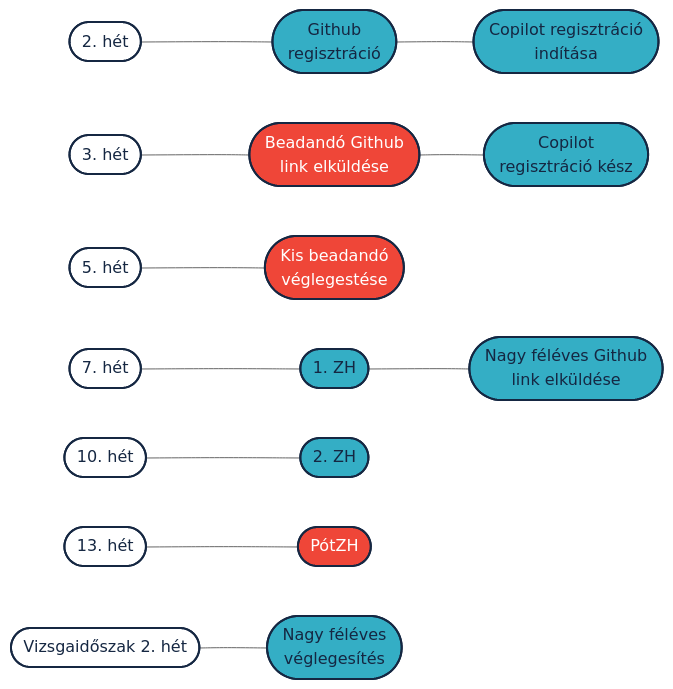
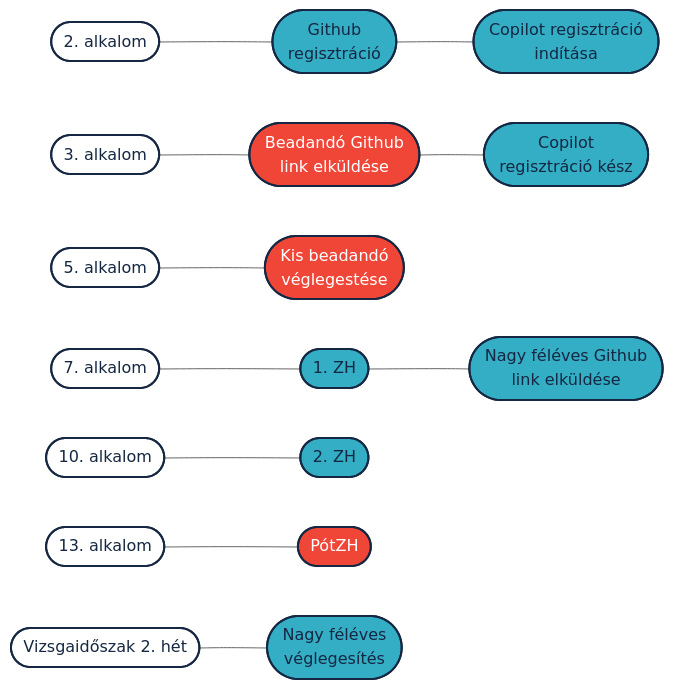
The second of 2 diagrams in docs/feleves_beadando/README.md (horverno/teszt), drawn with Mermaid (neutral theme) before and after one commit. The commit also changed other lines of this file and 178 other files, not shown here.

````diff
--- a/docs/feleves_beadando/README.md
+++ b/docs/feleves_beadando/README.md
@@ -50,22 +50,22 @@
 ```mermaid
 flowchart LR
 
-H2([2. hét]) --- H2A([Github<br>regisztráció])--- H2B([Copilot regisztráció<br>indítása])
-H3([3. hét]) --- H3A([Beadandó Github<br>link elküldése]) --- H3B([Copilot<br>regisztráció kész])
-H5([5. hét]) --- H5A([Kis beadandó<br>véglegestése])
-H7([7. hét]) --- H7A([1. ZH]) --- H7B([Nagy féléves Github<br>link elküldése])
-H10([10. hét]) --- H10A([2. ZH])
-H13([13. hét]) --- H13A([PótZH])
+H2([2. alkalom]) --- H2A([Github<br>regisztráció])--- H2B([Copilot regisztráció<br>indítása])
+H3([3. alkalom]) --- H3A([Beadandó Github<br>link elküldése]) --- H3B([Copilot<br>regisztráció kész])
+H5([5. alkalom]) --- H5A([Kis beadandó<br>véglegestése])
+H7([7. alkalom]) --- H7A([1. ZH]) --- H7B([Nagy féléves Github<br>link elküldése])
+H10([10. alkalom]) --- H10A([2. ZH])
+H13([13. alkalom]) --- H13A([PótZH])
 V2([Vizsgaidőszak 2. hét]) --- V2A([Nagy féléves<br>véglegesítés])
 
 
 classDef light fill:#34aec5,stroke:#152742,stroke-width:2px,color:#152742  
 classDef dark fill:#152742,stroke:#34aec5,stroke-width:2px,color:#34aec5
 classDef white fill:#ffffff,stroke:#152742,stroke-width:2px,color:#152742
 classDef red fill:#ef4638,stroke:#152742,stroke-width:2px,color:#fff
 classDef green fill:#138b7b,stroke:#152742,stroke-width:2px,color:#fff
 
 class H2,H3,H5,H7,H10,H13,V2 white
 class H2A,H2B,H3B,H7A,H7B,H10A,V2A light
 class H3A,H5A,H13A, red
 ```
````
